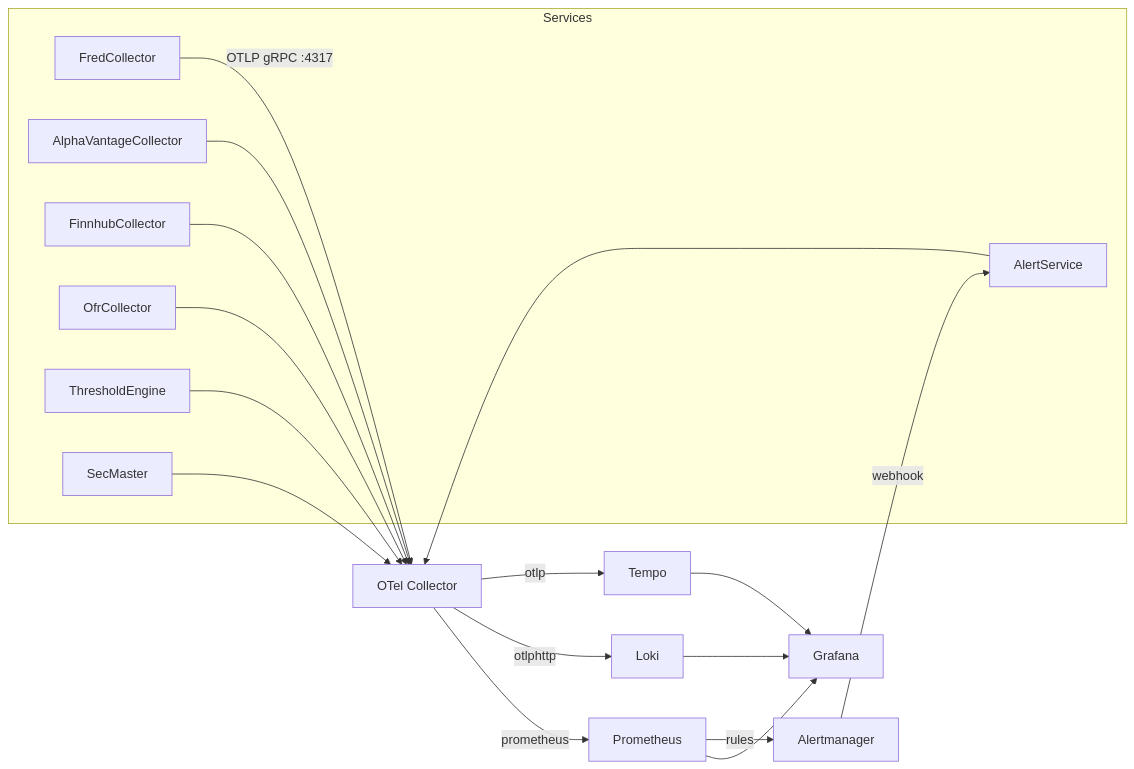
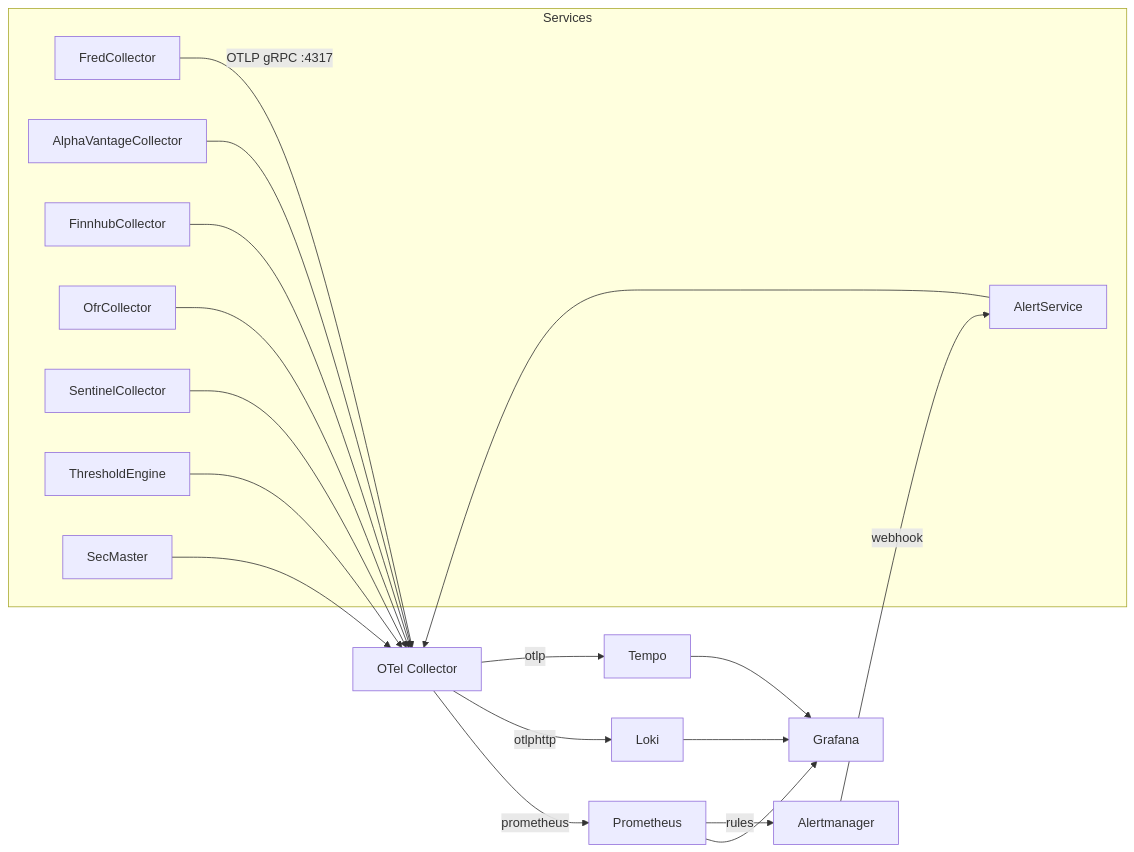
One commit to jpansarasa/ATLAS-Docs changed the first of 2 diagrams in docs/OBSERVABILITY.md. Above: the diagram before and after it, drawn with Mermaid. The commit also changed other lines of this file and 28 other files, not shown here.

````diff
--- a/docs/OBSERVABILITY.md
+++ b/docs/OBSERVABILITY.md
@@ -7,30 +7,32 @@
 ```mermaid
 flowchart LR
     subgraph Services
         FC[FredCollector]
         AV[AlphaVantageCollector]
         FH[FinnhubCollector]
         OFR[OfrCollector]
+        SC[SentinelCollector]
         TE[ThresholdEngine]
         AS[AlertService]
         SM[SecMaster]
     end
 
     FC -->|OTLP gRPC :4317| OC[OTel Collector]
     AV --> OC
     FH --> OC
     OFR --> OC
+    SC --> OC
     TE --> OC
     AS --> OC
     SM --> OC
 
     OC -->|otlp| T[Tempo]
     OC -->|otlphttp| L[Loki]
     OC -->|prometheus| P[Prometheus]
     P -->|rules| AM[Alertmanager]
     AM -->|webhook| AS
 
     T --> G[Grafana]
     L --> G
     P --> G
 ```
````
